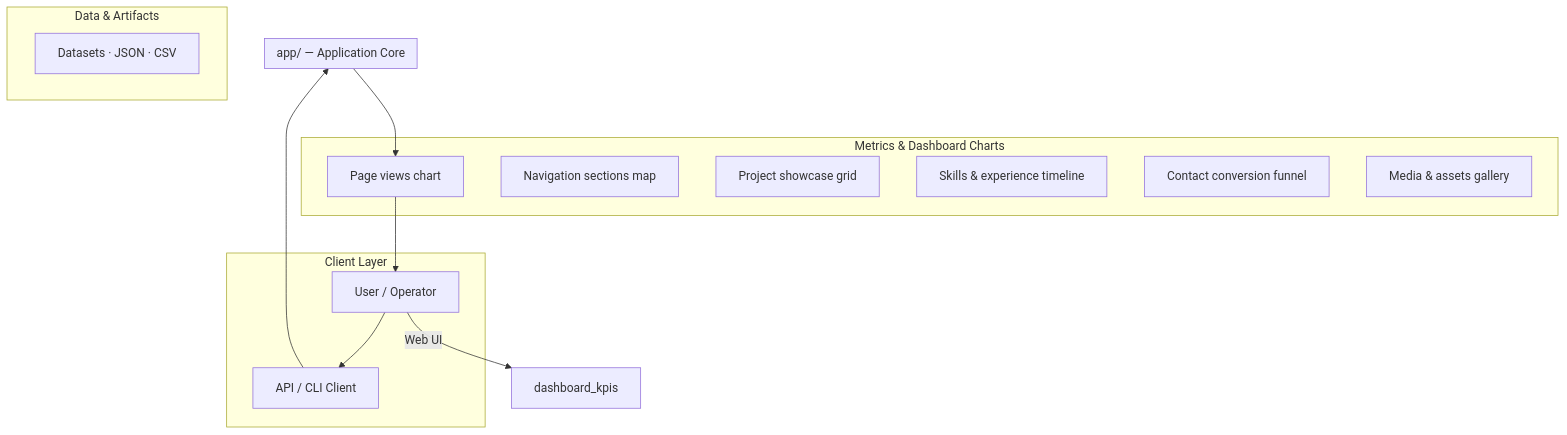
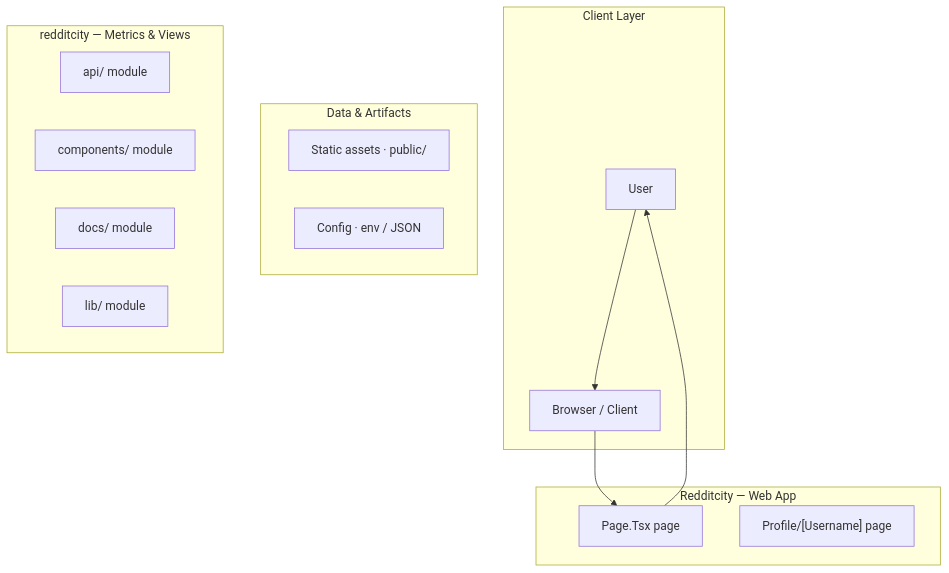
The first of 4 diagrams in README.md (Punyamittal/redditcity), drawn with Mermaid before and after one commit. The commit also changed other lines of this file, not shown here.

````diff
--- a/README.md
+++ b/README.md
@@ -126,29 +126,30 @@
 ```mermaid
 graph TB
     subgraph Client["Client Layer"]
-        user["User / Operator"]
-        api_client["API / CLI Client"]
+        user["User"]
+        browser["Browser / Client"]
     end
 
-    subgraph Core["app/ — Application Core"]
+    subgraph Core["Redditcity — Web App"]
+        page_tsx["Page.Tsx<br/>/page.tsx"]
+        profile__username_["Profile/[Username]<br/>/profile/[username]"]
     end
 
     subgraph Data["Data & Artifacts"]
-        datasets["Datasets · JSON · CSV"]
+        assets["Static assets · public/"]
+        config["Config · env / JSON"]
     end
 
-    subgraph Charts["Metrics & Dashboard Charts"]
-        page_views["Page views chart"]
-        nav_sections["Navigation sections map"]
-        project_showcase["Project showcase grid"]
-        skills_timeline["Skills & experience timeline"]
-        contact_funnel["Contact conversion funnel"]
-        media_gallery["Media & assets gallery"]
+    subgraph Charts["redditcity — Metrics & Views"]
+        page_tsx["Page.Tsx page"]
+        profile__username_["Profile/[Username] page"]
+        api["api/ module"]
+        components["components/ module"]
+        docs["docs/ module"]
+        lib["lib/ module"]
     end
 
-    user --> api_client
-    api_client --> Core
-    user -->|Web UI| dashboard_kpis
-    Core --> page_views
-    page_views --> user
+    user --> browser
+    browser --> page_tsx
+    page_tsx --> user
 ```
````
